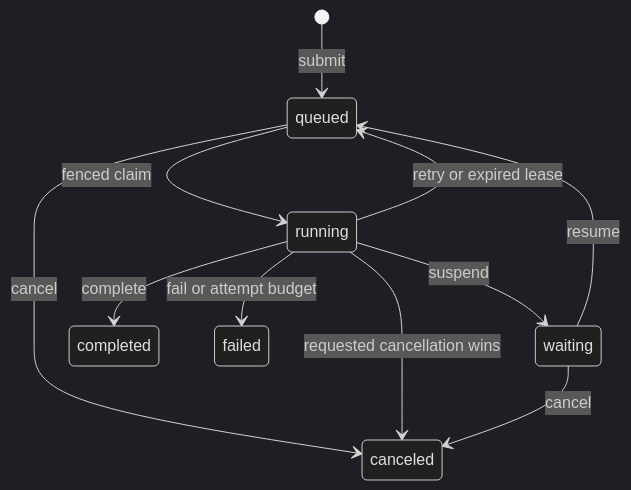
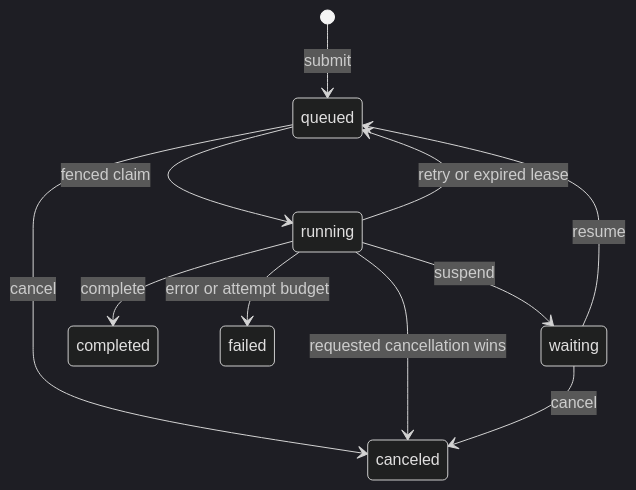
Before and after one commit to deepset-ai/hayhooks: the second of 2 diagrams in docs/features/durable-execution.md, drawn with Mermaid (dark theme). The commit also changed other lines of this file and 9 other files, not shown here.

Commit message:
docs(durable): explain architecture and FastAPI embedding

````diff
--- a/docs/features/durable-execution.md
+++ b/docs/features/durable-execution.md
@@ -16,13 +87,13 @@
 ```mermaid
 stateDiagram-v2
     [*] --> queued: submit
     queued --> running: fenced claim
     queued --> canceled: cancel
     running --> queued: retry or expired lease
     running --> waiting: suspend
     running --> completed: complete
-    running --> failed: fail or attempt budget
+    running --> failed: error or attempt budget
     running --> canceled: requested cancellation wins
     waiting --> queued: resume
     waiting --> canceled: cancel
 ```
````
